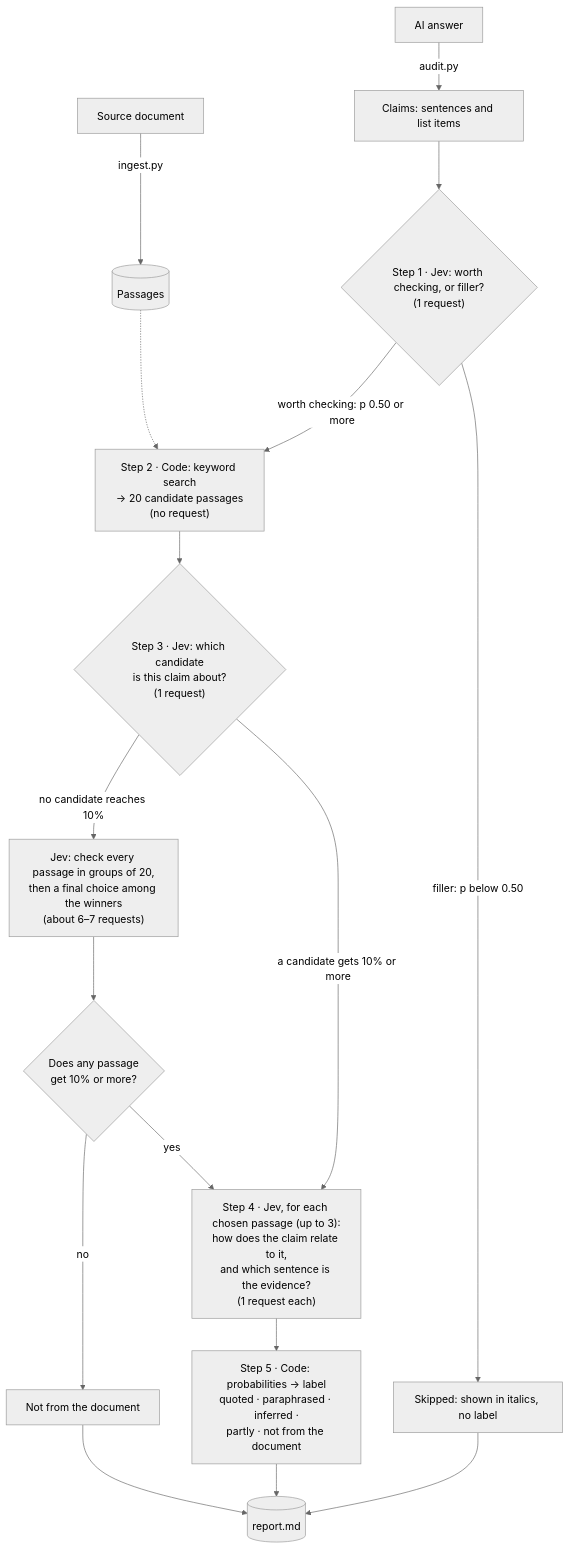
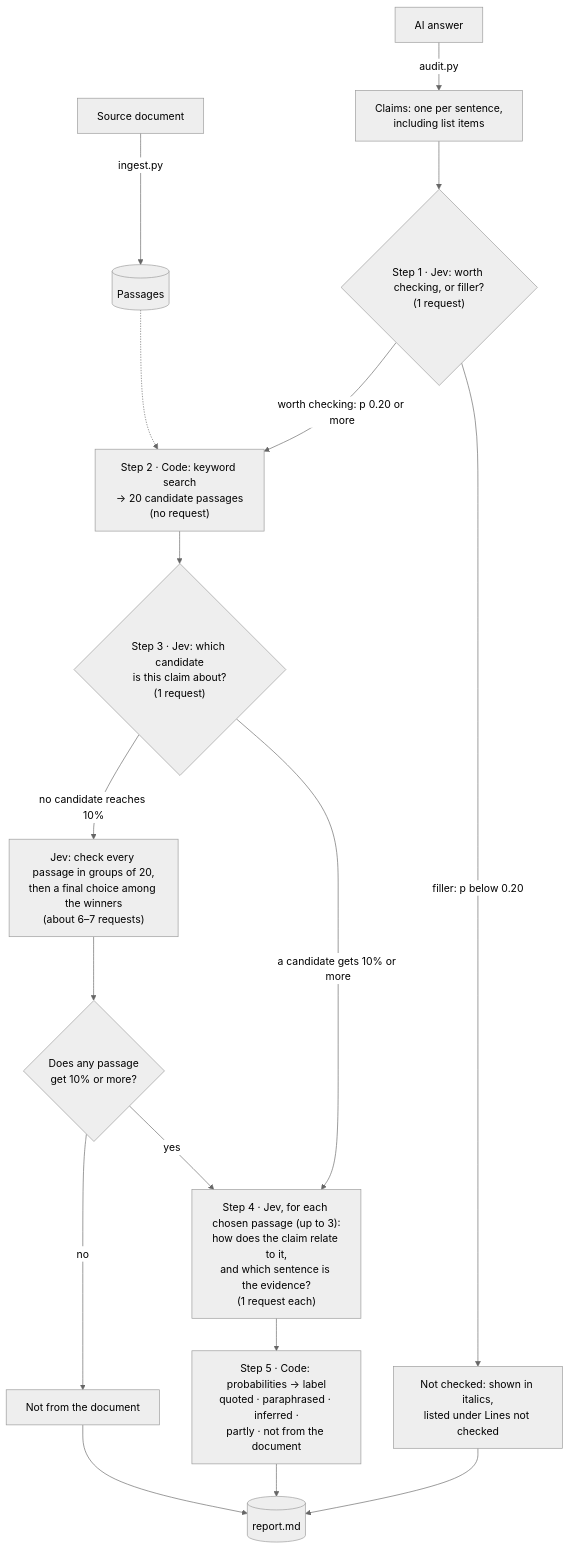
Before and after one commit to ChrisL-GU/ai-response-audit: the diagram in docs/HOW-IT-WORKS.md, drawn with Mermaid (neutral theme). The commit also changed other lines of this file and 14 other files, not shown here.

````diff
--- a/docs/HOW-IT-WORKS.md
+++ b/docs/HOW-IT-WORKS.md
@@ -17,19 +16,19 @@
 ```mermaid
 flowchart TD
     doc["Source document"] -->|ingest.py| passages[("Passages")]
-    answer["AI answer"] -->|audit.py| claims["Claims: sentences and list items"]
+    answer["AI answer"] -->|audit.py| claims["Claims: one per sentence,<br/>including list items"]
     claims --> s1{"Step 1 · Jev: worth checking, or filler?<br/>(1 request)"}
-    s1 -->|"filler: p below 0.50"| skipped["Skipped: shown in italics, no label"]
-    s1 -->|"worth checking: p 0.50 or more"| s2["Step 2 · Code: keyword search<br/>→ 20 candidate passages<br/>(no request)"]
+    s1 -->|"filler: p below 0.20"| skipped["Not checked: shown in italics,<br/>listed under Lines not checked"]
+    s1 -->|"worth checking: p 0.20 or more"| s2["Step 2 · Code: keyword search<br/>→ 20 candidate passages<br/>(no request)"]
     passages -.-> s2
     s2 --> s3{"Step 3 · Jev: which candidate<br/>is this claim about?<br/>(1 request)"}
     s3 -->|"a candidate gets 10% or more"| s4["Step 4 · Jev, for each chosen passage (up to 3):<br/>how does the claim relate to it,<br/>and which sentence is the evidence?<br/>(1 request each)"]
     s3 -->|"no candidate reaches 10%"| full["Jev: check every passage in groups of 20,<br/>then a final choice among the winners<br/>(about 6–7 requests)"]
     full --> found{"Does any passage<br/>get 10% or more?"}
     found -->|yes| s4
     found -->|no| notdoc["Not from the document"]
     s4 --> s5["Step 5 · Code: probabilities → label<br/>quoted · paraphrased · inferred ·<br/>partly · not from the document"]
     s5 --> report[("report.md")]
     notdoc --> report
     skipped --> report
 ```
````
